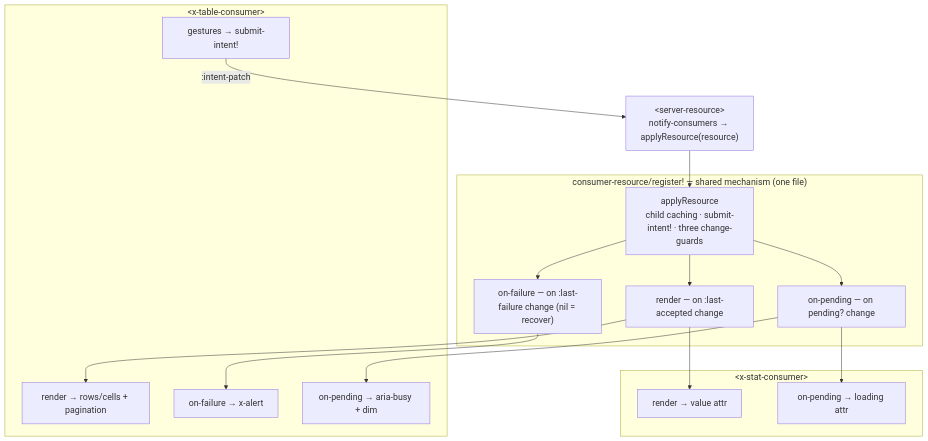
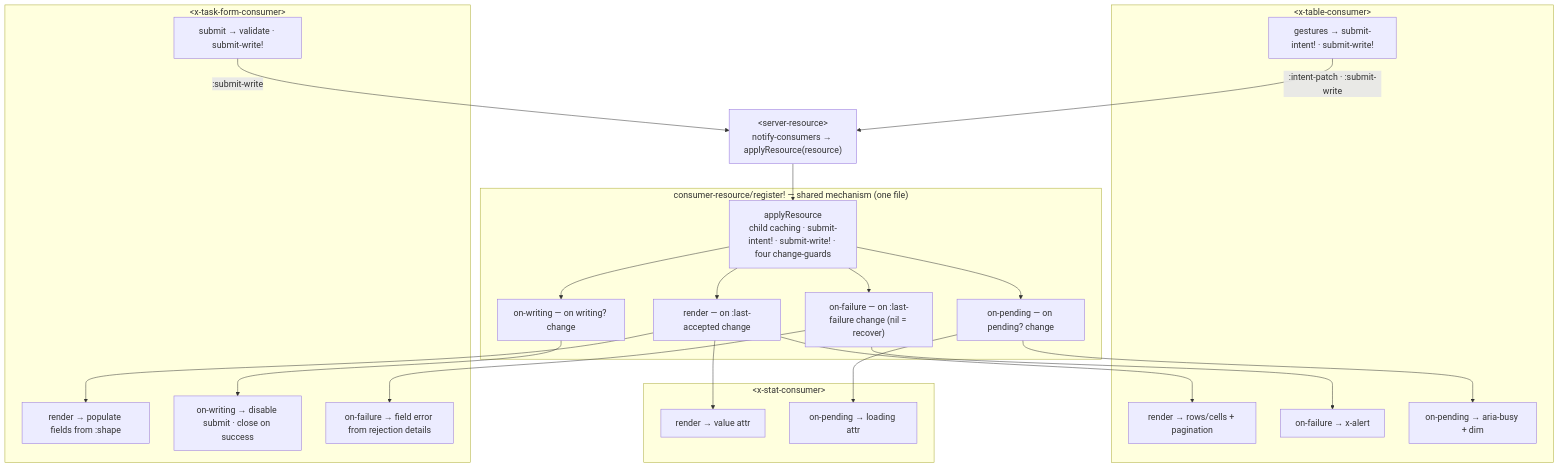
The third of 3 diagrams in barebuild/docs/architecture-diagram.md (avanelsas/baredom), drawn with Mermaid before and after one commit. The commit also changed other lines of this file and 6 other files, not shown here.

````diff
--- a/barebuild/docs/architecture-diagram.md
+++ b/barebuild/docs/architecture-diagram.md
@@ -106,35 +121,48 @@
 ```mermaid
 %%{init: {'themeVariables': {'fontSize': '18px'}}}%%
 flowchart TB
   SR["&lt;server-resource&gt;<br/>notify-consumers → applyResource(resource)"]
 
   subgraph MECH["consumer-resource/register! — shared mechanism (one file)"]
-    APPLY["applyResource<br/>child caching · submit-intent! · three change-guards"]
+    APPLY["applyResource<br/>child caching · submit-intent! · submit-write! · four change-guards"]
     G1["render — on :last-accepted change"]
     G2["on-failure — on :last-failure change (nil = recover)"]
     G3["on-pending — on pending? change"]
+    G4["on-writing — on writing? change"]
     APPLY --> G1
     APPLY --> G2
     APPLY --> G3
+    APPLY --> G4
   end
 
   subgraph TABLE["&lt;x-table-consumer&gt;"]
     TR["render → rows/cells + pagination"]
     TF["on-failure → x-alert"]
     TP["on-pending → aria-busy + dim"]
-    TG["gestures → submit-intent!"]
+    TG["gestures → submit-intent! · submit-write!"]
+  end
+
+  subgraph FORM["&lt;x-task-form-consumer&gt;"]
+    FR["render → populate fields from :shape"]
+    FW["on-writing → disable submit · close on success"]
+    FF["on-failure → field error from rejection details"]
+    FG["submit → validate · submit-write!"]
   end
 
   subgraph STAT["&lt;x-stat-consumer&gt;"]
     ST["render → value attr"]
     SP["on-pending → loading attr"]
   end
 
   SR --> APPLY
   G1 --> TR
   G2 --> TF
   G3 --> TP
   G1 --> ST
   G3 --> SP
-  TG -->|":intent-patch"| SR
+  G1 --> FR
+  G2 --> FF
+  G4 --> FW
+  TG -->|":intent-patch · :submit-write"| SR
+  FG -->|":submit-write"| SR
 ```
````
